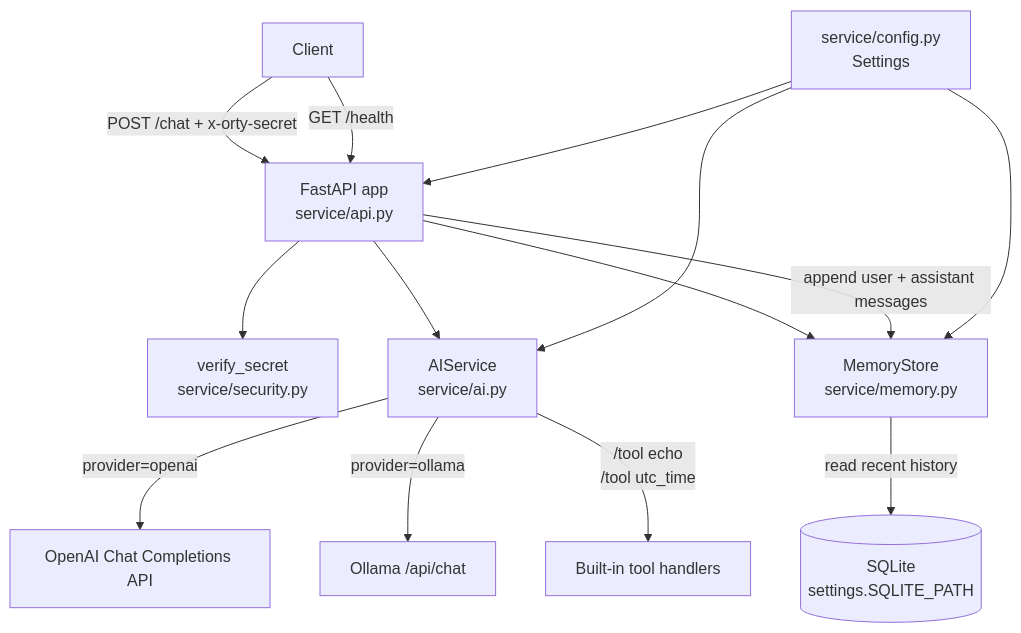
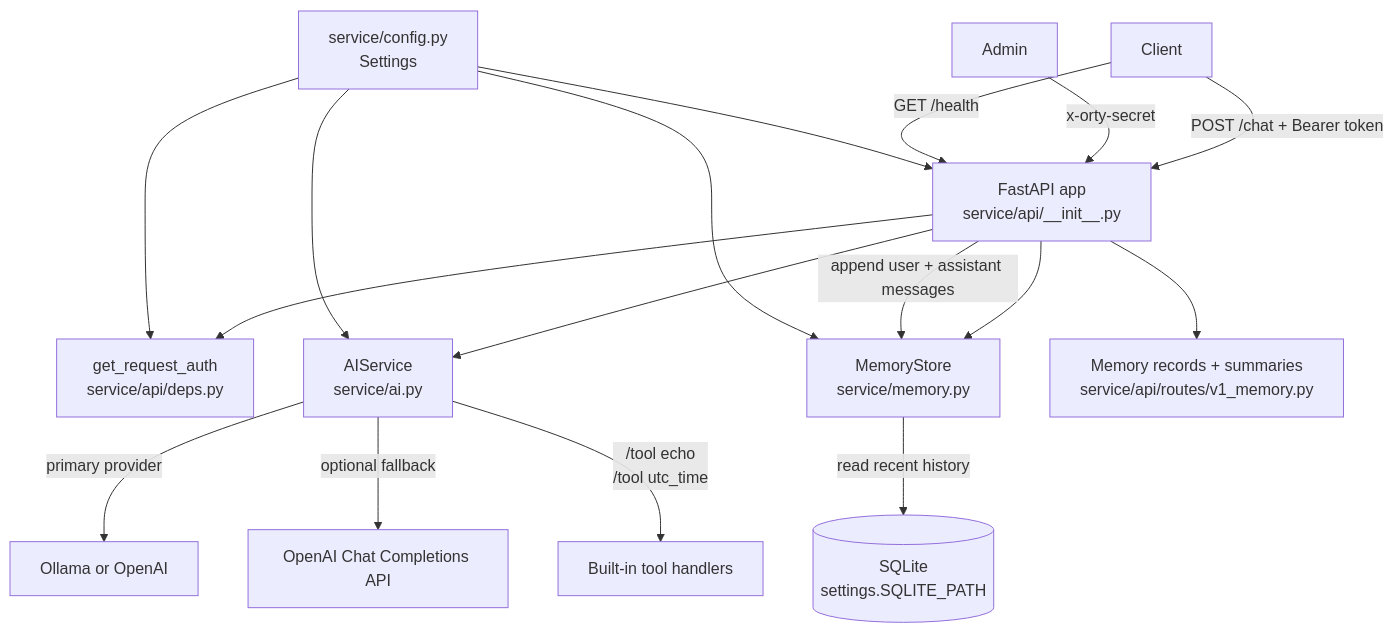
One commit to ortluk-hub/Orty changed the diagram in README.md. Above: the diagram before and after it, drawn with Mermaid. The commit also changed other lines of this file and 1 other file, not shown here.

Commit message:
Update README for current auth/memory/escalation state

````diff
--- a/README.md
+++ b/README.md
@@ -92,20 +94,23 @@
 ```mermaid
 flowchart TD
-    C[Client] -->|POST /chat + x-orty-secret| API[FastAPI app\nservice/api.py]
+    C[Client] -->|POST /chat + Bearer token| API[FastAPI app\nservice/api/__init__.py]
+    A[Admin] -->|x-orty-secret| API
     C -->|GET /health| API
 
-    API --> SEC[verify_secret\nservice/security.py]
+    API --> AUTH[get_request_auth\nservice/api/deps.py]
     API --> AI[AIService\nservice/ai.py]
     API --> MEM[MemoryStore\nservice/memory.py]
+    API --> LTM[Memory records + summaries\nservice/api/routes/v1_memory.py]
 
     MEM -->|read recent history| DB[(SQLite\nsettings.SQLITE_PATH)]
     API -->|append user + assistant messages| MEM
 
-    AI -->|provider=openai| OAI[OpenAI Chat Completions API]
-    AI -->|provider=ollama| OLL[Ollama /api/chat]
+    AI -->|primary provider| PRIMARY[Ollama or OpenAI]
+    AI -->|optional fallback| OAI[OpenAI Chat Completions API]
     AI -->|/tool echo\n/tool utc_time| TOOLS[Built-in tool handlers]
 
     CFG[service/config.py\nSettings] --> API
     CFG --> AI
     CFG --> MEM
+    CFG --> AUTH
 ```
````
